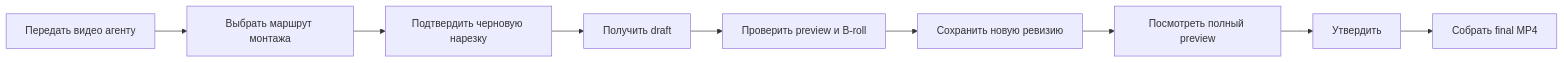
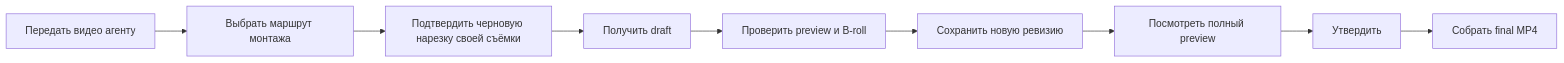
Before and after one commit to mcdenil-skills/AutoMontage-Agent: the first of 2 diagrams in docs/MONTAGE-GUIDE.md, drawn with Mermaid. The commit also changed other lines of this file and 23 other files, not shown here.

````diff
--- a/docs/MONTAGE-GUIDE.md
+++ b/docs/MONTAGE-GUIDE.md
@@ -10,11 +10,11 @@
 ```mermaid
 flowchart LR
   A[Передать видео агенту] --> R[Выбрать маршрут монтажа]
-  R --> N[Подтвердить черновую нарезку]
+  R --> N[Подтвердить черновую нарезку своей съёмки]
   N --> B[Получить draft]
   B --> C[Проверить preview и B-roll]
   C --> D[Сохранить новую ревизию]
   D --> E[Посмотреть полный preview]
   E --> F[Утвердить]
   F --> G[Собрать final MP4]
 ```
````
